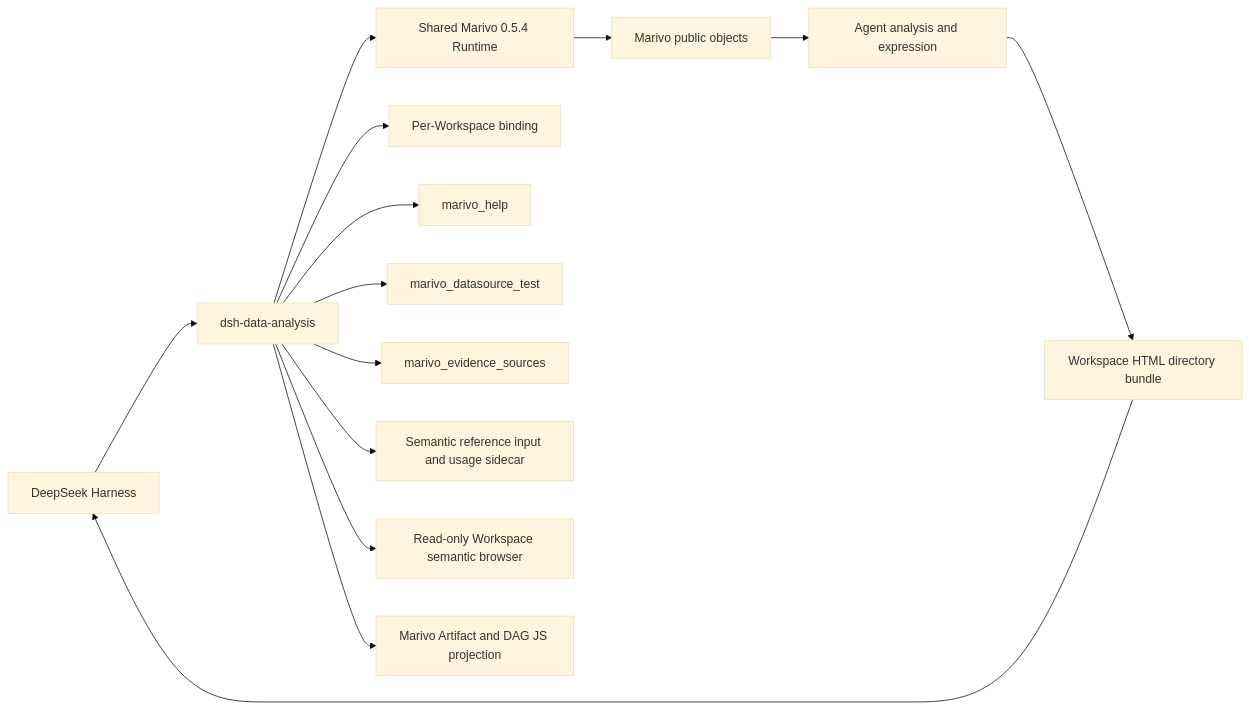
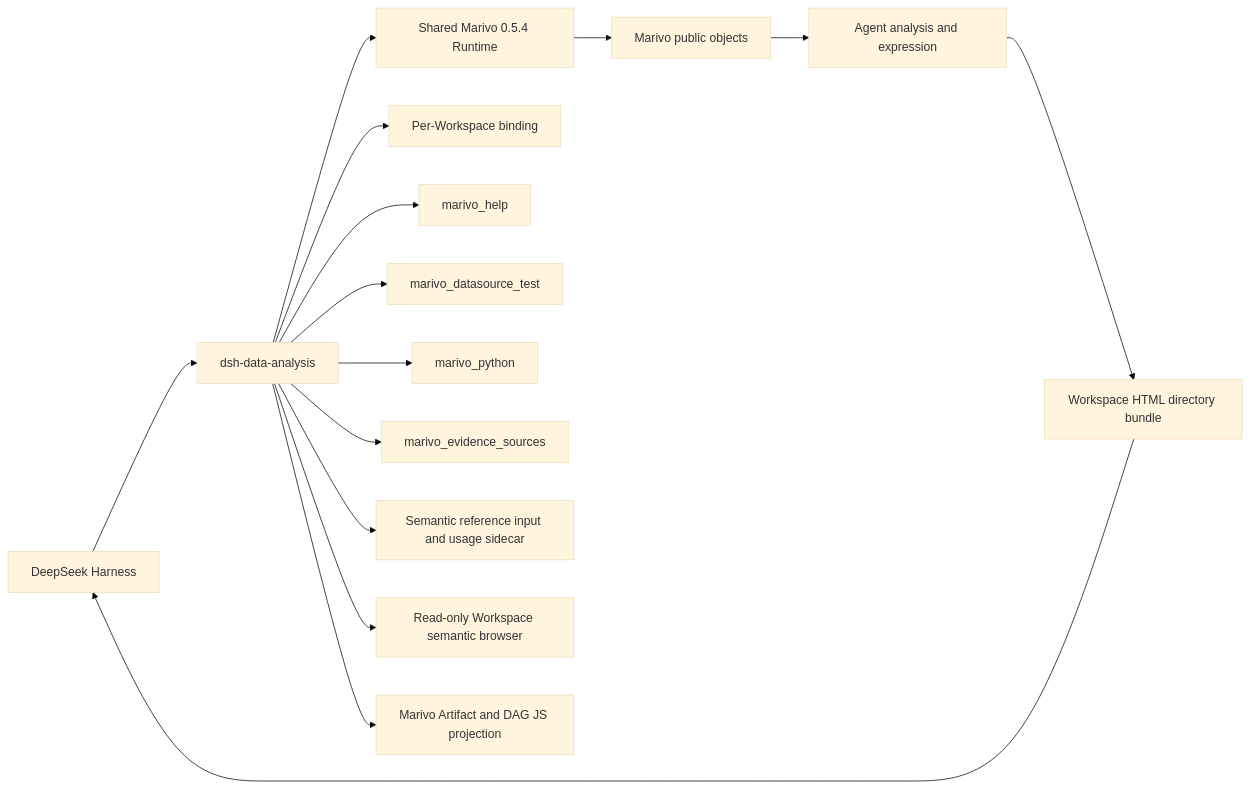
The diagram in docs/architecture.md (chengxianglibra/dsh-data-analysis), drawn with Mermaid (base theme) before and after one commit. The commit also changed other lines of this file and 28 other files, not shown here.

````diff
--- a/docs/architecture.md
+++ b/docs/architecture.md
@@ -13,16 +13,17 @@
 ```mermaid
 flowchart LR
   D[DeepSeek Harness] --> P[dsh-data-analysis]
   P --> R[Shared Marivo 0.5.4 Runtime]
   P --> W[Per-Workspace binding]
   P --> H[marivo_help]
   P --> T[marivo_datasource_test]
+  P --> Y[marivo_python]
   P --> E[marivo_evidence_sources]
   P --> S[Semantic reference input and usage sidecar]
   P --> B[Read-only Workspace semantic browser]
   P --> J[Marivo Artifact and DAG JS projection]
   R --> M[Marivo public objects]
   M --> A[Agent analysis and expression]
   A --> F[Workspace HTML directory bundle]
   F --> D
 ```
````
